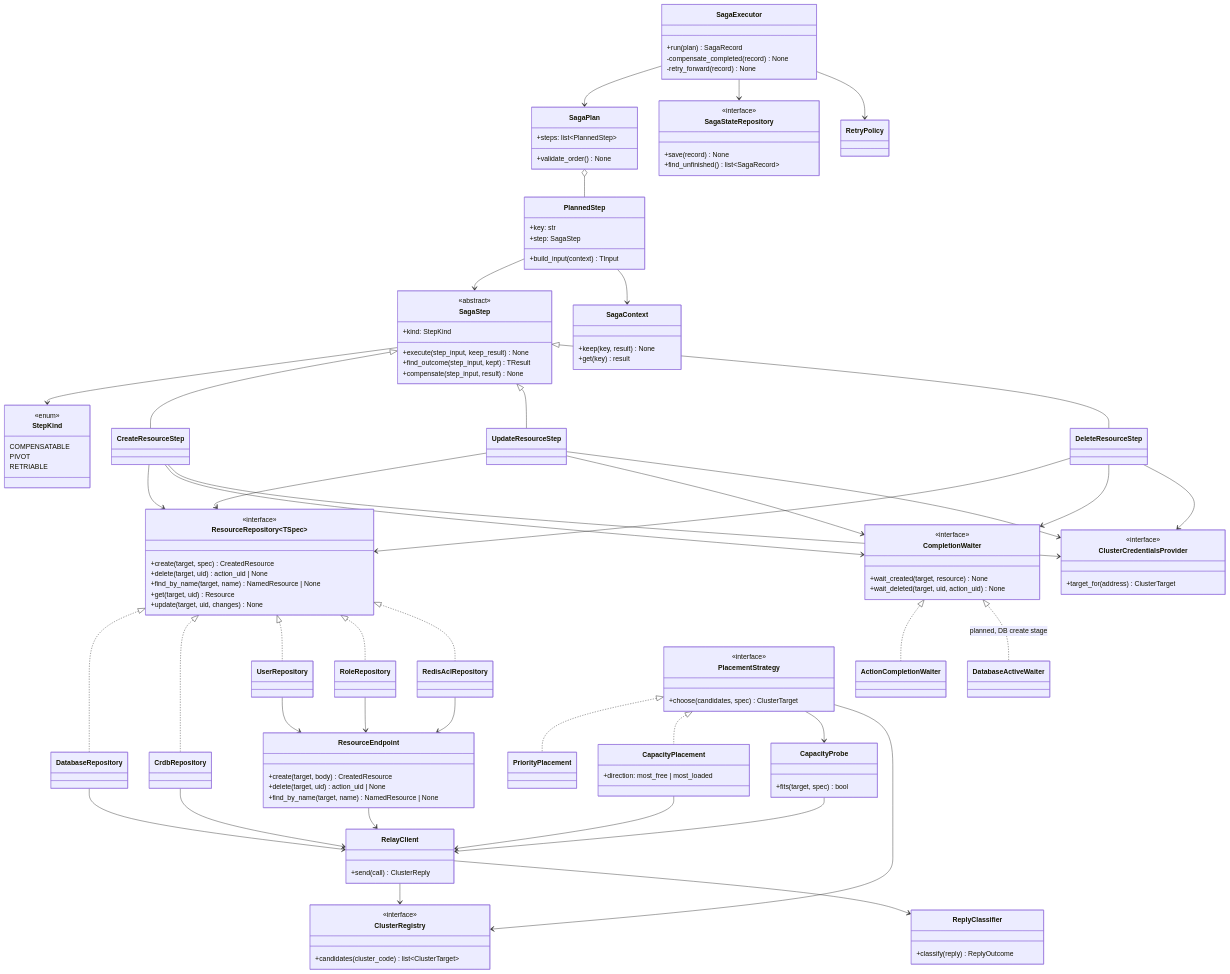
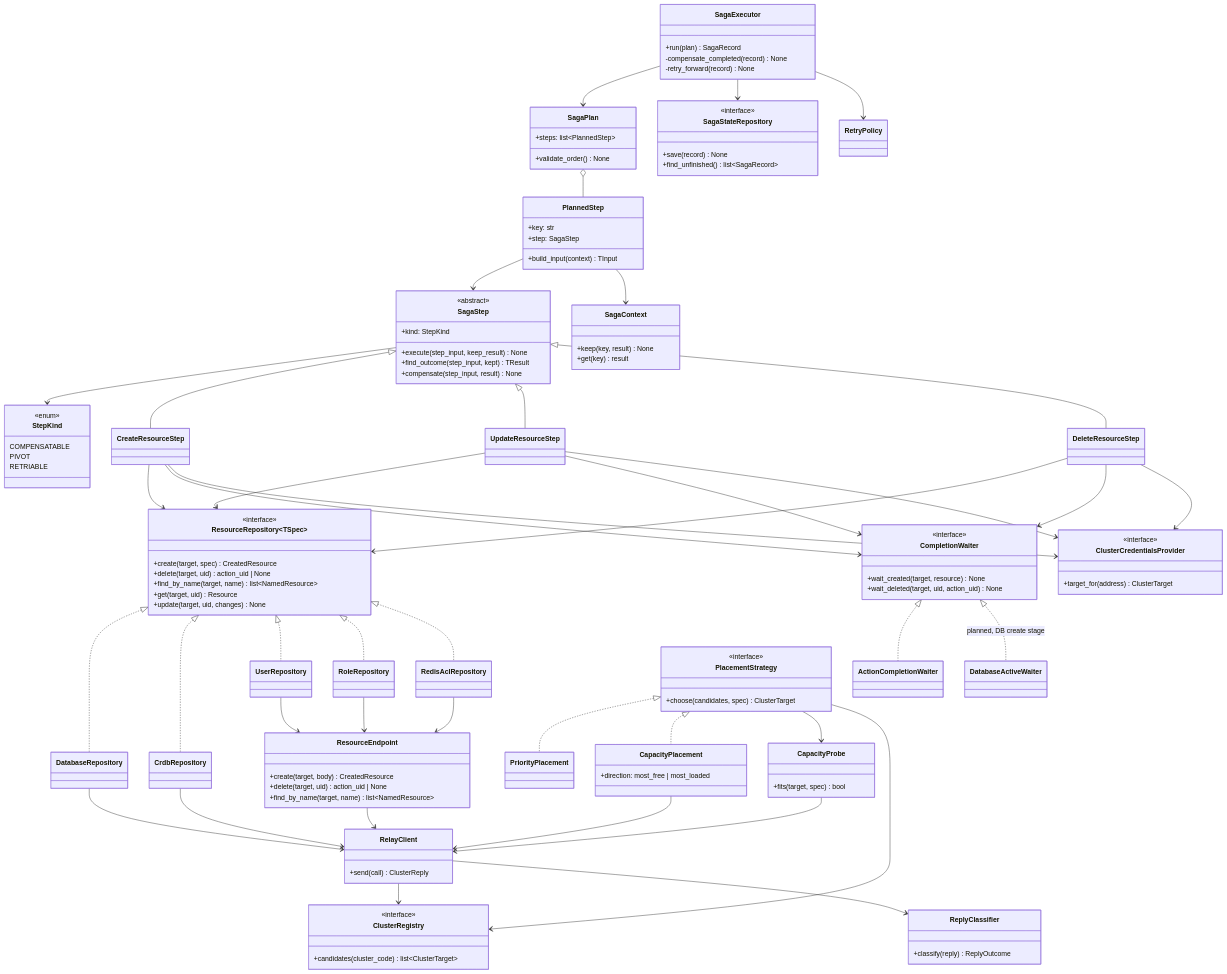
One commit to EliShteinman/redis-enterprise-services changed the second of 2 diagrams in docs/design/saga.md. Above: the diagram before and after it, drawn with Mermaid. The commit also changed 3 other files, not shown here.

```diff
--- a/docs/design/saga.md
+++ b/docs/design/saga.md
@@ -710,14 +710,14 @@
         <<interface>>
         +create(target, spec) CreatedResource
         +delete(target, uid) action_uid | None
-        +find_by_name(target, name) NamedResource | None
+        +find_by_name(target, name) list~NamedResource~
         +get(target, uid) Resource
         +update(target, uid, changes) None
     }
     class ResourceEndpoint {
         +create(target, body) CreatedResource
         +delete(target, uid) action_uid | None
-        +find_by_name(target, name) NamedResource | None
+        +find_by_name(target, name) list~NamedResource~
     }
     class DatabaseRepository
     class CrdbRepository
```
